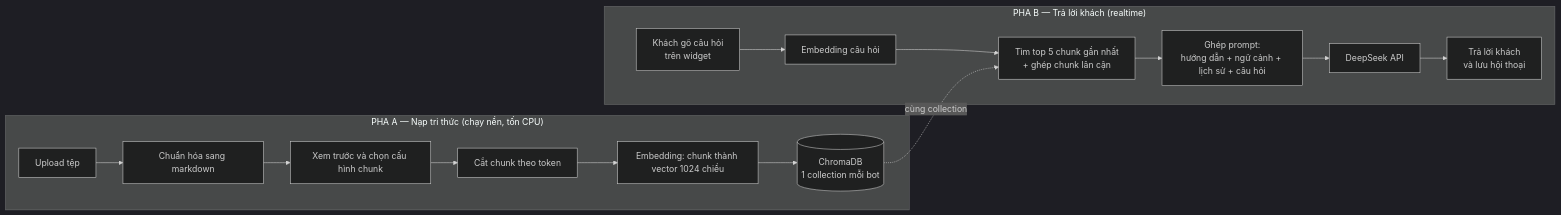
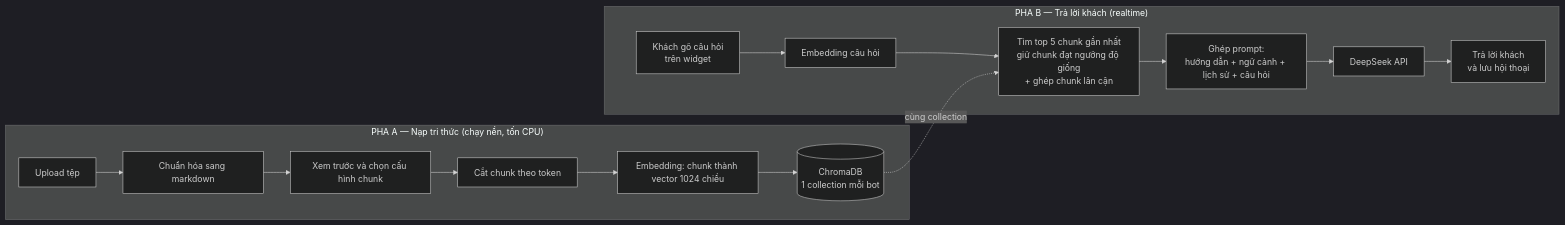
The first of 14 diagrams in docs/BAO_CAO_KY_THUAT.md (iuh21004175/CHATBOTAI-NOCODE), drawn with Mermaid (dark theme) before and after one commit. The commit also changed other lines of this file and 32 other files, not shown here.

````diff
--- a/docs/BAO_CAO_KY_THUAT.md
+++ b/docs/BAO_CAO_KY_THUAT.md
@@ -45,18 +45,18 @@
 ```mermaid
 flowchart LR
     subgraph A["PHA A — Nạp tri thức (chạy nền, tốn CPU)"]
         A1["Upload tệp"] --> A2["Chuẩn hóa sang markdown"]
         A2 --> A3["Xem trước và chọn cấu hình chunk"]
         A3 --> A4["Cắt chunk theo token"]
         A4 --> A5["Embedding: chunk thành vector 1024 chiều"]
         A5 --> A6[("ChromaDB<br/>1 collection mỗi bot")]
     end
     subgraph B["PHA B — Trả lời khách (realtime)"]
         B1["Khách gõ câu hỏi<br/>trên widget"] --> B2["Embedding câu hỏi"]
-        B2 --> B3["Tìm top 5 chunk gần nhất<br/>+ ghép chunk lân cận"]
+        B2 --> B3["Tìm top 5 chunk gần nhất<br/>giữ chunk đạt ngưỡng độ giống<br/>+ ghép chunk lân cận"]
         B3 --> B4["Ghép prompt:<br/>hướng dẫn + ngữ cảnh + lịch sử + câu hỏi"]
         B4 --> B5["DeepSeek API"]
         B5 --> B6["Trả lời khách<br/>và lưu hội thoại"]
     end
     A6 -. "cùng collection" .-> B3
 ```
````
